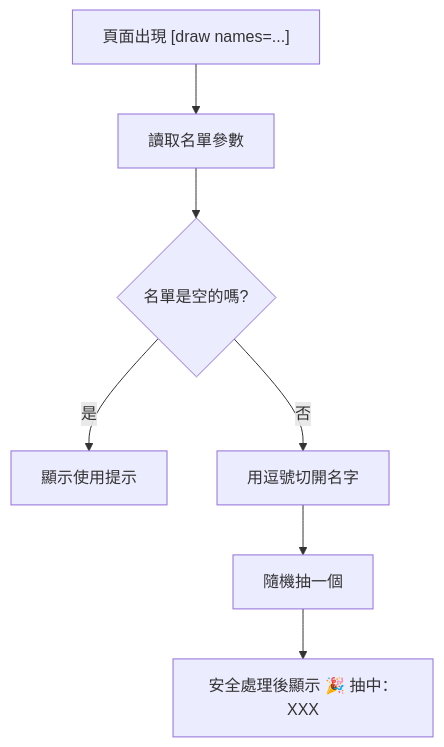
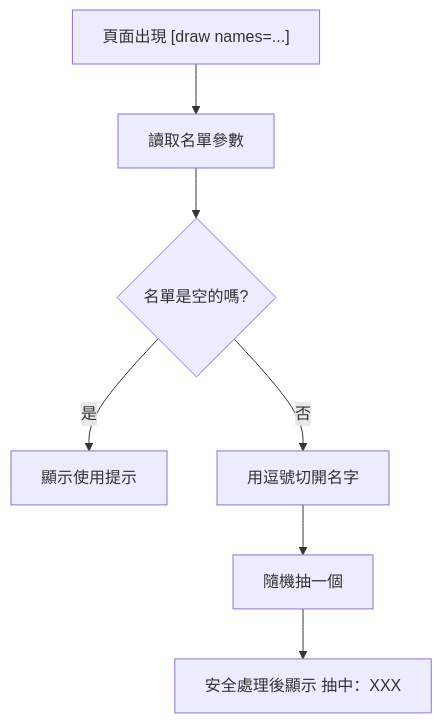
One commit to eric0324/slides changed the second of 3 diagrams in slides/2026/moe-camp/wordpress-workshop/day3/slides.md. Above: the diagram before and after it, drawn with Mermaid. The commit also changed other lines of this file, not shown here.

````diff
--- a/slides/2026/moe-camp/wordpress-workshop/day3/slides.md
+++ b/slides/2026/moe-camp/wordpress-workshop/day3/slides.md
@@ -1233,9 +869,9 @@
 ```mermaid
 graph TD
 A["頁面出現 [draw names=...]"] --> B[讀取名單參數]
 B --> C{名單是空的嗎?}
 C -->|是| D[顯示使用提示]
 C -->|否| E[用逗號切開名字]
 E --> F[隨機抽一個]
-F --> G[安全處理後顯示 🎉 抽中：XXX]
+F --> G[安全處理後顯示 抽中：XXX]
 ```
````
